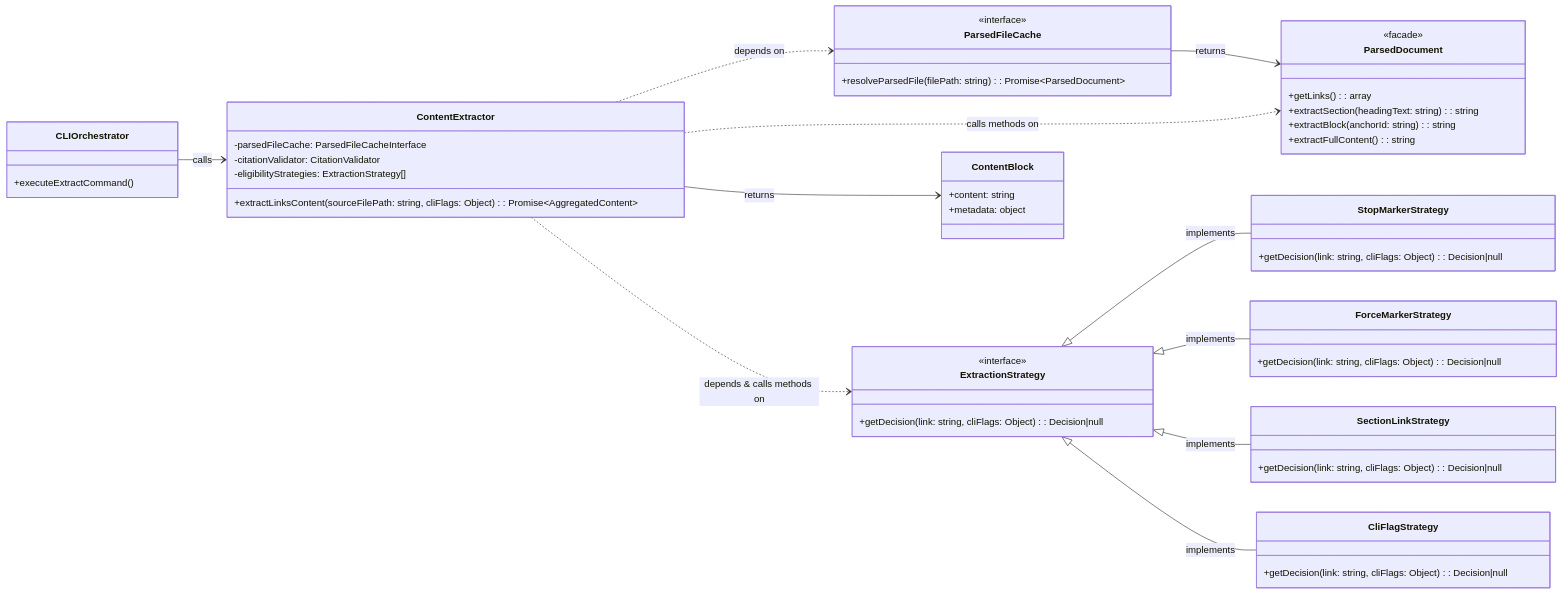
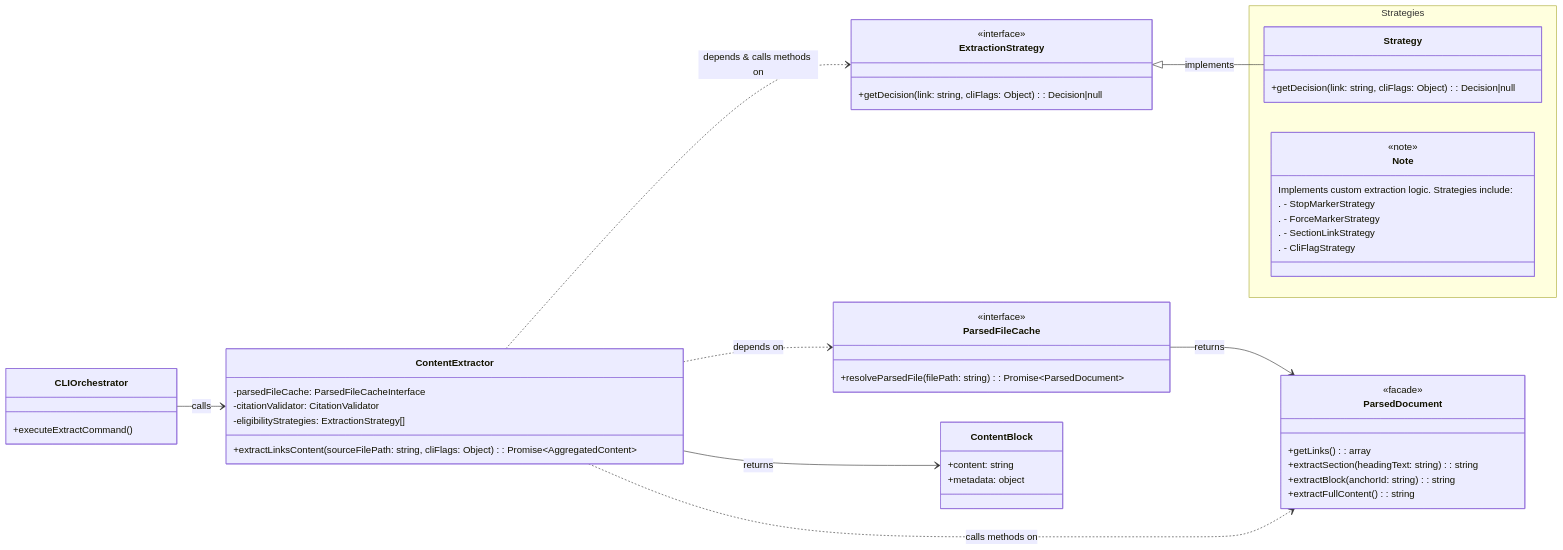
The first of 2 diagrams in tools/citation-manager/design-docs/component-guides/Content Extractor Implementation Guide.md (WesleyMFrederick/cc-workflows), drawn with Mermaid before and after one commit. The commit also changed other lines of this file and 47 other files, not shown here.

````diff
--- a/tools/citation-manager/design-docs/component-guides/Content Extractor Implementation Guide.md
+++ b/tools/citation-manager/design-docs/component-guides/Content Extractor Implementation Guide.md
@@ -31,71 +32,71 @@
 ```mermaid
 classDiagram
     direction LR
 
     class CLIOrchestrator {
         +executeExtractCommand()
     }
 
     class ContentExtractor {
         -parsedFileCache: ParsedFileCacheInterface
         -citationValidator: CitationValidator
         -eligibilityStrategies: ExtractionStrategy[]
         +extractLinksContent(sourceFilePath: string, cliFlags: Object): Promise~AggregatedContent~
     }
 
-    class ExtractionStrategy {
-    <<interface>>
-        +getDecision(link: string, cliFlags: Object): Decision|null
-    }
+    
+		
 
-    class StopMarkerStrategy {
-        +getDecision(link: string, cliFlags: Object): Decision|null
-    }
-
-    class ForceMarkerStrategy {
-        +getDecision(link: string, cliFlags: Object): Decision|null
-    }
-
-    class SectionLinkStrategy {
-        +getDecision(link: string, cliFlags: Object): Decision|null
-    }
-
-    class CliFlagStrategy {
-        +getDecision(link: string, cliFlags: Object): Decision|null
-    }
-
-  class ParsedFileCache {
+	  class ParsedFileCache {
         <<interface>>
         +resolveParsedFile(filePath: string): Promise~ParsedDocument~
     }
 
     class ParsedDocument {
         <<facade>>
         +getLinks(): array
         +extractSection(headingText: string): string
         +extractBlock(anchorId: string): string
         +extractFullContent(): string
     }
-
+		
+		class ExtractionStrategy {
+    <<interface>>
+        %% +getMarker(): string|null
+        +getDecision(link: string, cliFlags: Object): Decision|null
+    }
+		
+		namespace Strategies {
+		  class Strategy {
+			  +getDecision(link: string, cliFlags: Object): Decision|null
+		  }
+		
+		  class Note {
+			  <<note>>
+			  Implements custom extraction logic. Strategies include:
+			  . - StopMarkerStrategy
+			  . - ForceMarkerStrategy
+			  . - SectionLinkStrategy
+			  . - CliFlagStrategy
+		  }
+		  
+		}
+		
     class ContentBlock {
         +content: string
         +metadata: object
     }
-
+		
+		
+		
     CLIOrchestrator --> ContentExtractor : calls
     
     ContentExtractor ..> ParsedFileCache : depends on
     ParsedFileCache --> ParsedDocument : returns
     ContentExtractor ..> ParsedDocument : calls methods on
     
-    
-    
     ContentExtractor ..> ExtractionStrategy : depends & calls methods on
-    ExtractionStrategy <|-- StopMarkerStrategy : implements
-    ExtractionStrategy <|-- ForceMarkerStrategy : implements
-    ExtractionStrategy <|-- SectionLinkStrategy : implements
-    ExtractionStrategy <|-- CliFlagStrategy : implements
-  
+    ExtractionStrategy <|-- Strategy : implements
     
     ContentExtractor --> ContentBlock : returns
 ```
````
